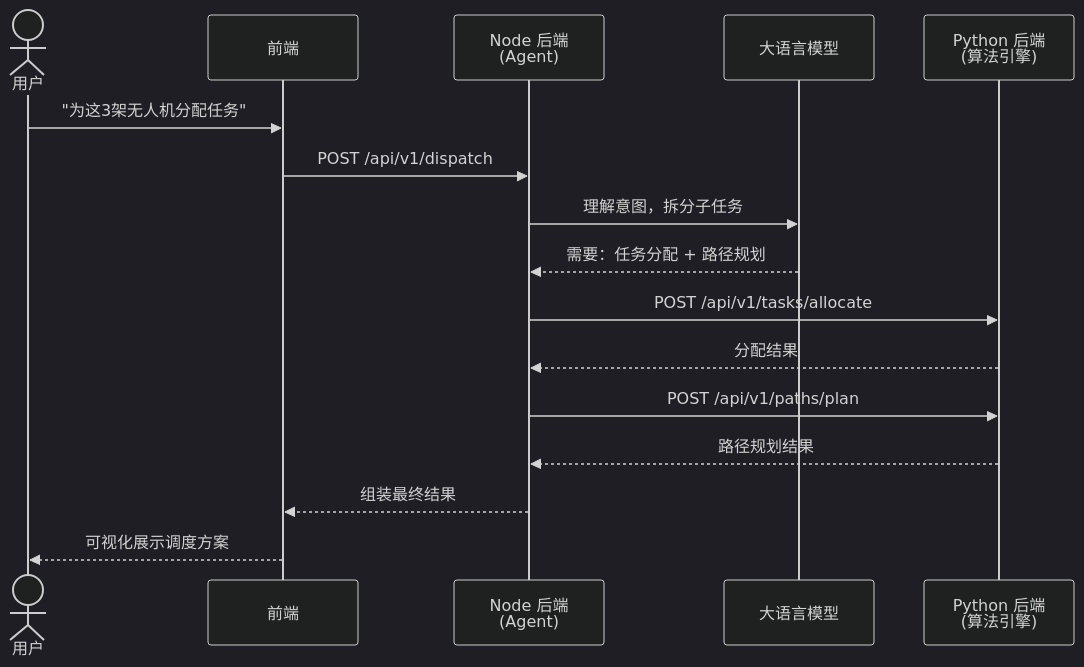
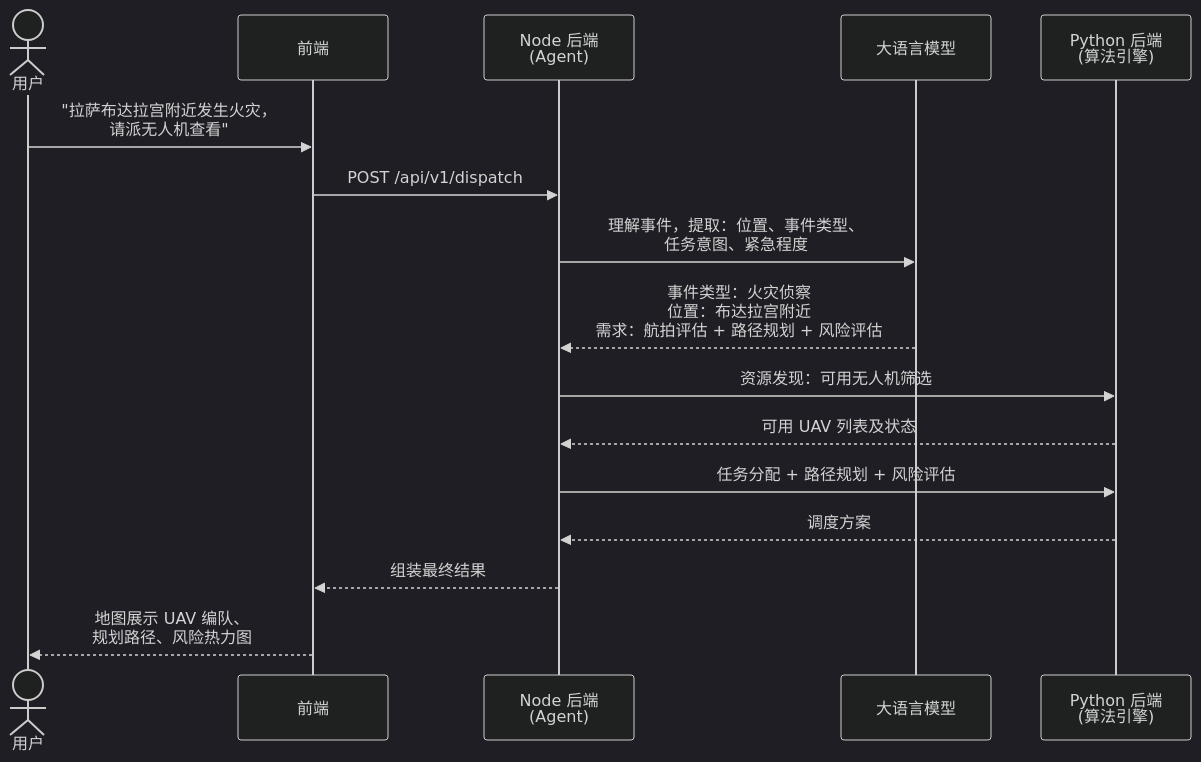
One commit to 909347194/ST-Risk-For-UAV changed the second of 2 diagrams in README.md. Above: the diagram before and after it, drawn with Mermaid (dark theme).

Commit message:
docs: update sequence diagram with realistic event-driven dispatch scenario
- 用户输入改为自然语言事件描述（火灾/交通事故/违规无人机）
- Agent 流程体现事件理解、意图提取、资源发现、调度编排
- 前端输出改为地图可视化（编队、路径、风险热力图）

````diff
--- a/README.md
+++ b/README.md
@@ -52,19 +52,19 @@
 ```mermaid
 sequenceDiagram
     actor User as 用户
     participant FE as 前端
     participant Node as Node 后端<br/>(Agent)
     participant LLM as 大语言模型
     participant Py as Python 后端<br/>(算法引擎)
 
-    User->>FE: "为这3架无人机分配任务"
+    User->>FE: "拉萨布达拉宫附近发生火灾，<br/>请派无人机查看"
     FE->>Node: POST /api/v1/dispatch
-    Node->>LLM: 理解意图，拆分子任务
-    LLM-->>Node: 需要：任务分配 + 路径规划
-    Node->>Py: POST /api/v1/tasks/allocate
-    Py-->>Node: 分配结果
-    Node->>Py: POST /api/v1/paths/plan
-    Py-->>Node: 路径规划结果
+    Node->>LLM: 理解事件，提取：位置、事件类型、<br/>任务意图、紧急程度
+    LLM-->>Node: 事件类型：火灾侦察<br/>位置：布达拉宫附近<br/>需求：航拍评估 + 路径规划 + 风险评估
+    Node->>Py: 资源发现：可用无人机筛选
+    Py-->>Node: 可用 UAV 列表及状态
+    Node->>Py: 任务分配 + 路径规划 + 风险评估
+    Py-->>Node: 调度方案
     Node-->>FE: 组装最终结果
-    FE-->>User: 可视化展示调度方案
+    FE-->>User: 地图展示 UAV 编队、<br/>规划路径、风险热力图
 ```
````
